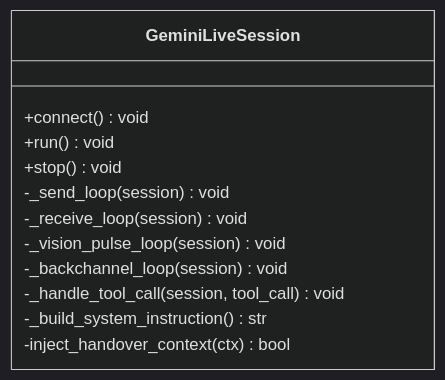
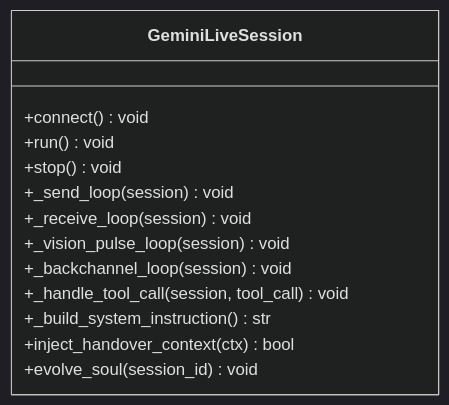
One commit to Moeabdelaziz007/Aether-Voice-OS changed the third of 13 diagrams in .qoder/repowiki/en/content/AI Integration Layer/AI Integration Layer.md. Above: the diagram before and after it, drawn with Mermaid (dark theme). The commit also changed other lines of this file and 29 other files, not shown here.

````diff
--- a/.qoder/repowiki/en/content/AI Integration Layer/AI Integration Layer.md
+++ b/.qoder/repowiki/en/content/AI Integration Layer/AI Integration Layer.md
@@ -180,15 +227,16 @@
 ```mermaid
 classDiagram
 class GeminiLiveSession {
 +connect() void
 +run() void
 +stop() void
--_send_loop(session) void
--_receive_loop(session) void
--_vision_pulse_loop(session) void
--_backchannel_loop(session) void
--_handle_tool_call(session, tool_call) void
--_build_system_instruction() str
--inject_handover_context(ctx) bool
++_send_loop(session) void
++_receive_loop(session) void
++_vision_pulse_loop(session) void
++_backchannel_loop(session) void
++_handle_tool_call(session, tool_call) void
++_build_system_instruction() str
++inject_handover_context(ctx) bool
++evolve_soul(session_id) void
 }
 ```
````
